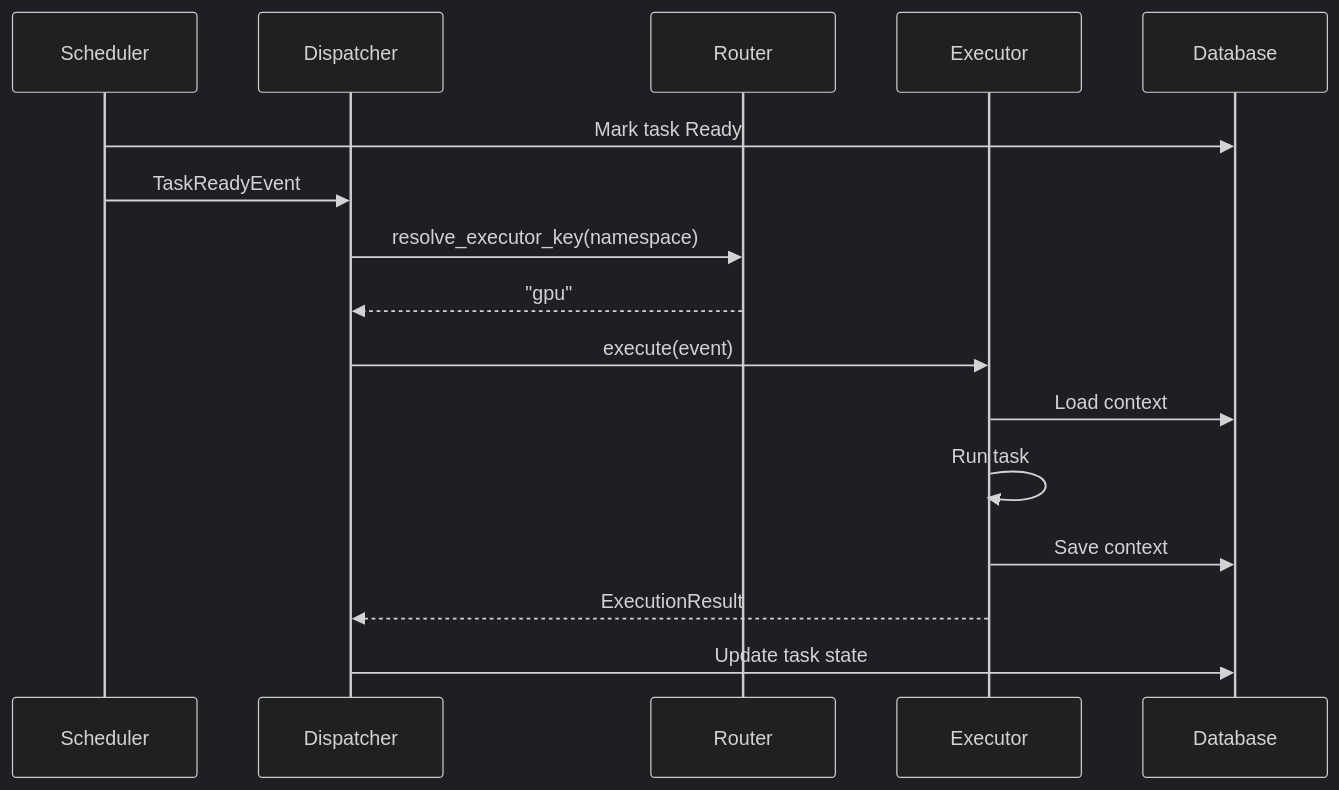
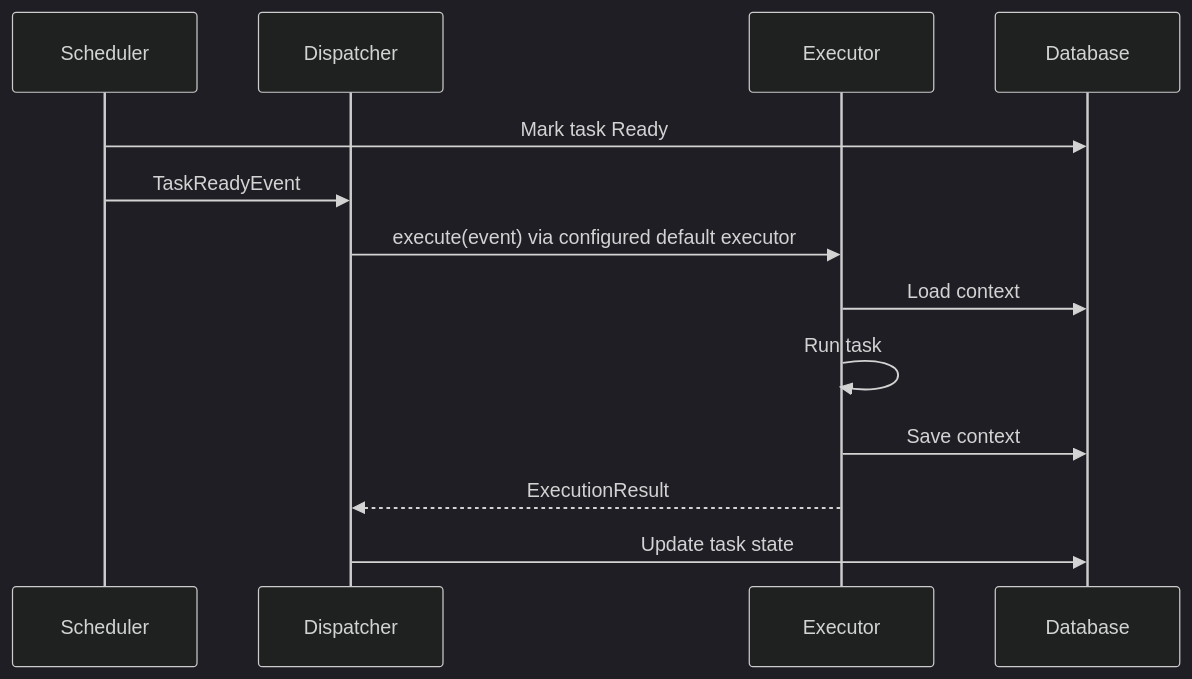
The second of 2 diagrams in docs/content/workflows/explanation/dispatcher-architecture.md (colliery-io/cloacina), drawn with Mermaid (dark theme) before and after one commit. The commit also changed other lines of this file and 30 other files, not shown here.

````diff
--- a/docs/content/workflows/explanation/dispatcher-architecture.md
+++ b/docs/content/workflows/explanation/dispatcher-architecture.md
@@ -264,19 +248,16 @@
 ```mermaid
 sequenceDiagram
     participant S as Scheduler
     participant D as Dispatcher
-    participant R as Router
     participant E as Executor
     participant DB as Database
 
     S->>DB: Mark task Ready
     S->>D: TaskReadyEvent
-    D->>R: resolve_executor_key(namespace)
-    R-->>D: "gpu"
-    D->>E: execute(event)
+    D->>E: execute(event) via configured default executor
     E->>DB: Load context
     E->>E: Run task
     E->>DB: Save context
     E-->>D: ExecutionResult
     D->>DB: Update task state
 ```
````
